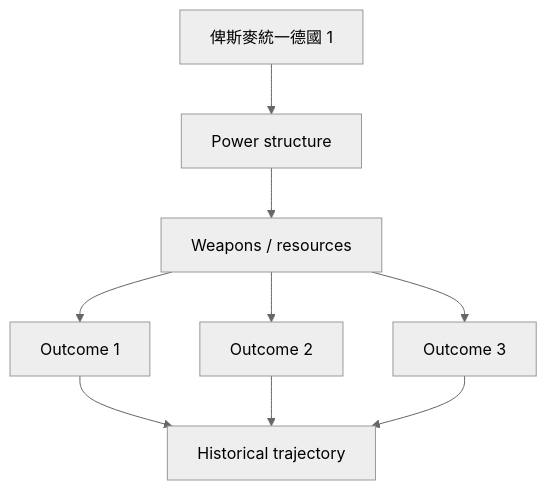
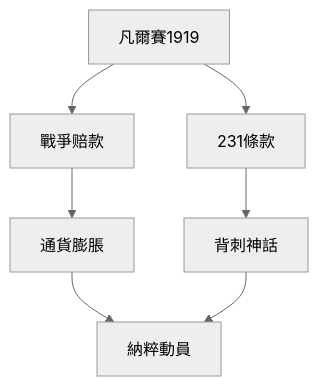
Before and after one commit to yip-lgtm/HKU-Harvard-History-Self-Study: the second of 10 diagrams in 02_Harvard_Courses/Fall_Courses/Hist44_Germany_1848_1949.md, drawn with Mermaid (neutral theme). The commit also changed other lines of this file and 65 other files, not shown here.

````diff
--- a/02_Harvard_Courses/Fall_Courses/Hist44_Germany_1848_1949.md
+++ b/02_Harvard_Courses/Fall_Courses/Hist44_Germany_1848_1949.md
@@ -146,11 +118,9 @@
 ```mermaid
 graph TD
-    A[俾斯麥統一德國 1] --> B[Power structure]
-    B --> C[Weapons / resources]
-    C --> D[Outcome 1]
-    C --> E[Outcome 2]
-    C --> F[Outcome 3]
-    D --> G[Historical trajectory]
-    E --> G
-    F --> G
+    A[凡爾賽1919] --> B[戰爭赔款]
+    A --> C[231條款]
+    B --> D[通貨膨脹]
+    C --> E["背刺神話"]
+    D --> F[納粹動員]
+    E --> F
 ```
````
